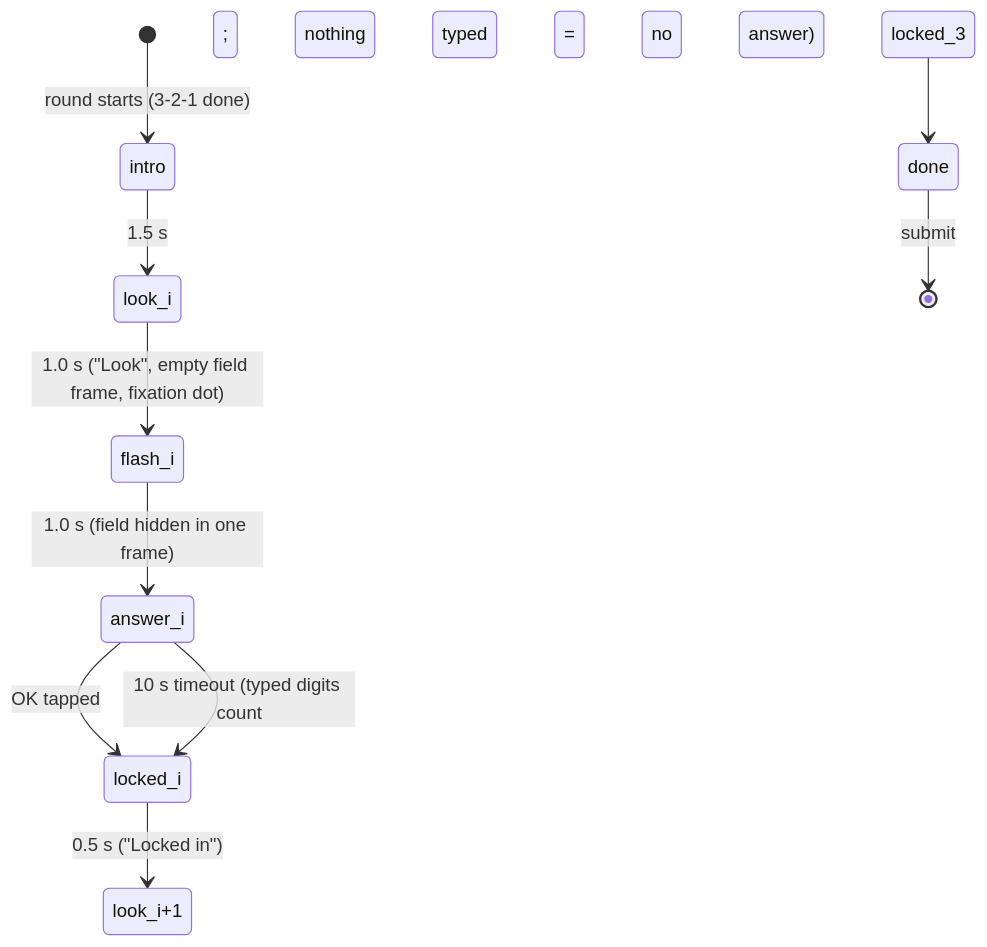
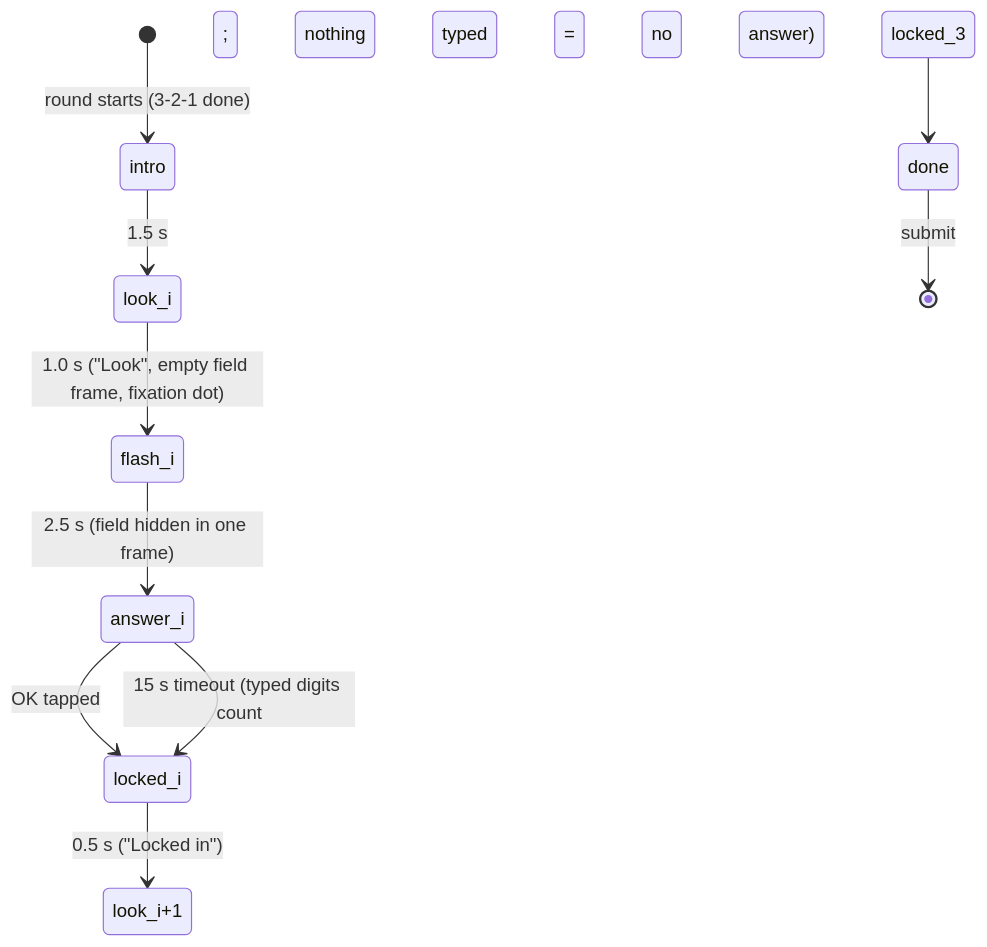
The diagram in docs/games/how-many.md (Talaljaber/GDG), drawn with Mermaid before and after one commit. The commit also changed other lines of this file and 29 other files, not shown here.

````diff
--- a/docs/games/how-many.md
+++ b/docs/games/how-many.md
@@ -31,12 +32,12 @@
 ```mermaid
 stateDiagram-v2
     [*] --> intro: round starts (3-2-1 done)
     intro --> look_i: 1.5 s
     look_i --> flash_i: 1.0 s ("Look", empty field frame, fixation dot)
-    flash_i --> answer_i: 1.0 s (field hidden in one frame)
+    flash_i --> answer_i: 2.5 s (field hidden in one frame)
     answer_i --> locked_i: OK tapped
-    answer_i --> locked_i: 10 s timeout (typed digits count; nothing typed = no answer)
+    answer_i --> locked_i: 15 s timeout (typed digits count; nothing typed = no answer)
     locked_i --> look_i+1: 0.5 s ("Locked in")
     locked_3 --> done
     done --> [*]: submit
 ```
````
